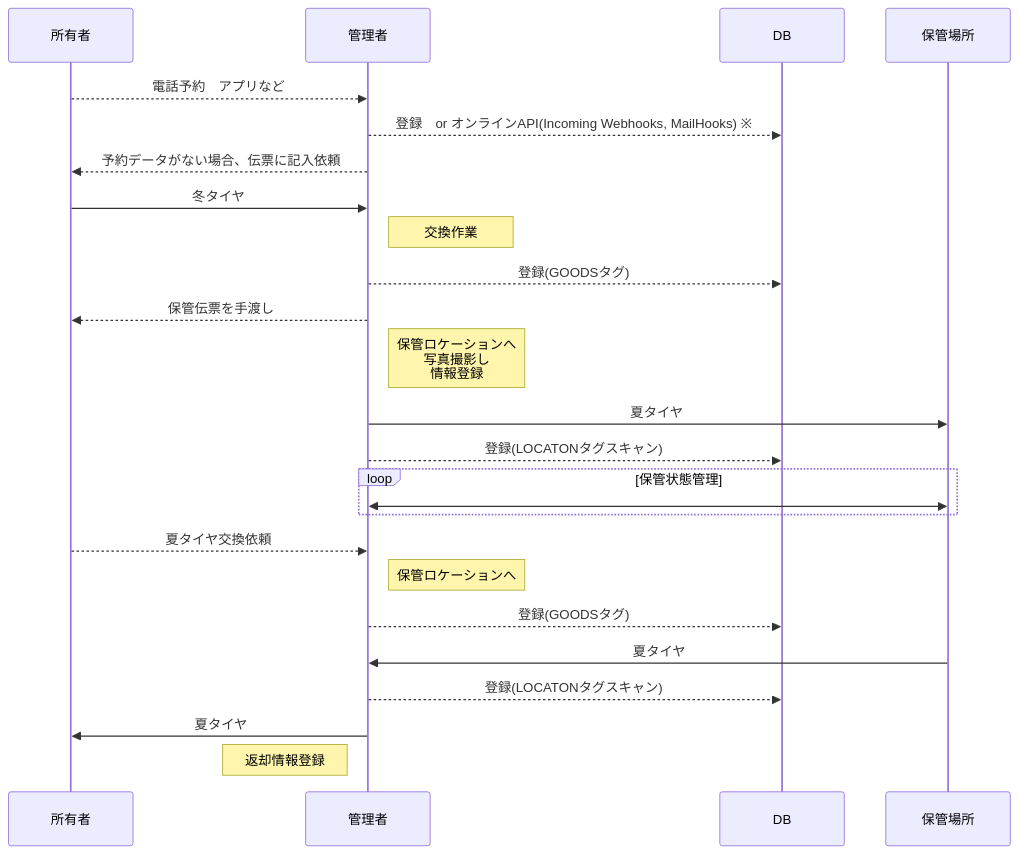
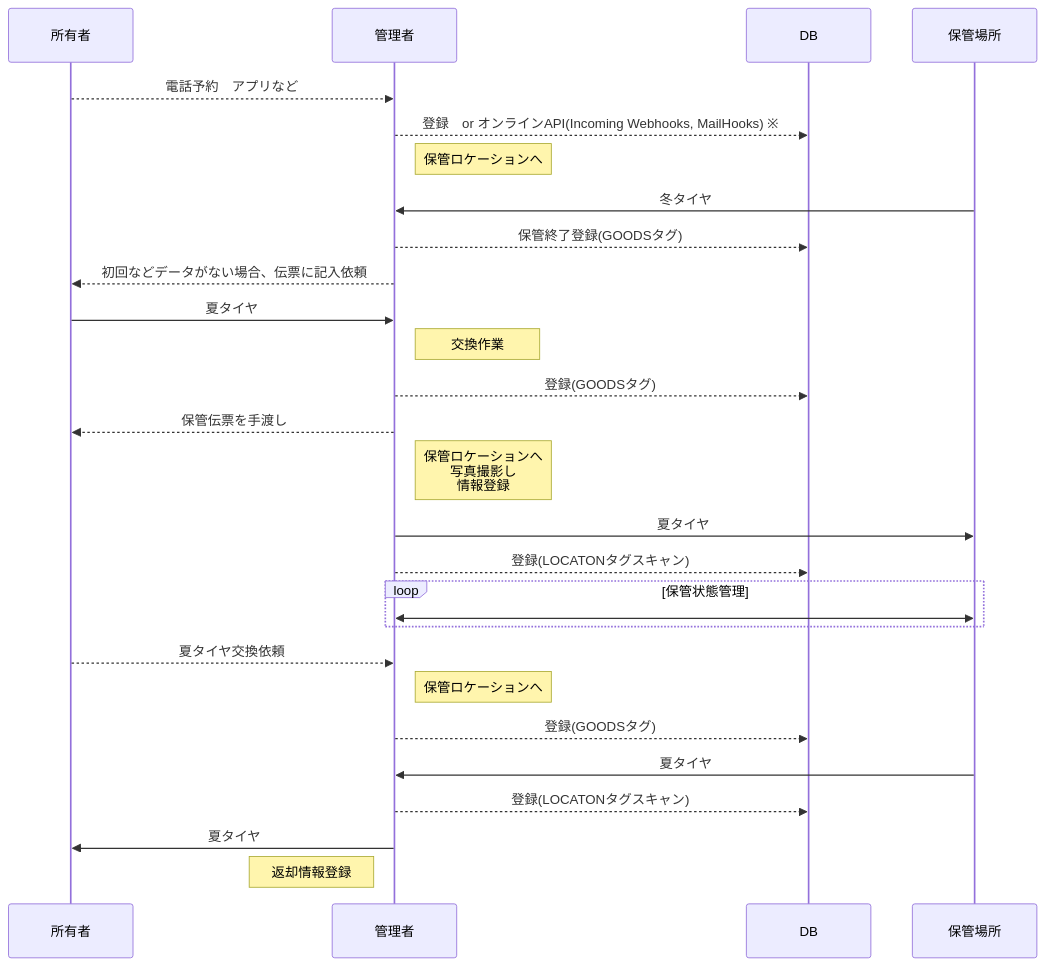
The first of 2 diagrams in README.md (piot-jp-Team/goods_storage), drawn with Mermaid before and after one commit.

````diff
--- a/README.md
+++ b/README.md
@@ -11,26 +11,29 @@
 ```mermaid
 sequenceDiagram
     participant 所有者
     participant 管理者
     participant DB
     所有者-->>管理者: 電話予約　アプリなど
     管理者-->>DB: 登録　or オンラインAPI(Incoming Webhooks, MailHooks) ※
-    管理者-->>所有者: 予約データがない場合、伝票に記入依頼
-    所有者->>管理者: 冬タイヤ
+    Note right of 管理者: 保管ロケーションへ
+    保管場所->>管理者: 冬タイヤ
+    管理者-->>DB: 保管終了登録(GOODSタグ)
+    管理者-->>所有者: 初回などデータがない場合、伝票に記入依頼
+    所有者->>管理者: 夏タイヤ
     Note right of 管理者: 交換作業
     管理者-->>DB: 登録(GOODSタグ)
     管理者-->>所有者: 保管伝票を手渡し
     Note right of 管理者: 保管ロケーションへ <br/>写真撮影し <br/>情報登録
     管理者->>保管場所: 夏タイヤ
     管理者-->>DB: 登録(LOCATONタグスキャン)
     loop 保管状態管理
         管理者<<->>保管場所: 
     end
     所有者-->>管理者: 夏タイヤ交換依頼
     Note right of 管理者: 保管ロケーションへ
     管理者-->>DB: 登録(GOODSタグ)
     保管場所->>管理者: 夏タイヤ
     管理者-->>DB: 登録(LOCATONタグスキャン)
     管理者->>所有者: 夏タイヤ
     Note left of 管理者: 返却情報登録
 ```
````
